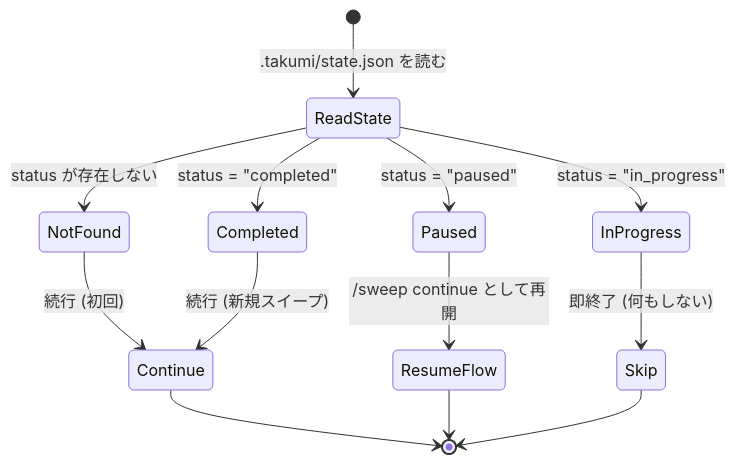
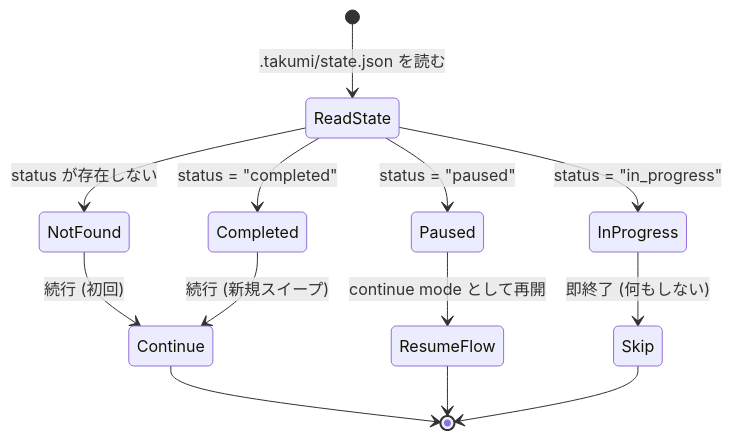
The second of 2 diagrams in skills/takumi/sweep/README.md (NAM-MAN/takumi), drawn with Mermaid before and after one commit. The commit also changed other lines of this file and 37 other files, not shown here.

````diff
--- a/skills/takumi/sweep/README.md
+++ b/skills/takumi/sweep/README.md
@@ -157,15 +149,15 @@
 ```mermaid
 stateDiagram-v2
     [*] --> ReadState: .takumi/state.json を読む
     ReadState --> NotFound: status が存在しない
     ReadState --> Completed: status = "completed"
     ReadState --> Paused: status = "paused"
     ReadState --> InProgress: status = "in_progress"
     NotFound --> Continue: 続行 (初回)
     Completed --> Continue: 続行 (新規スイープ)
-    Paused --> ResumeFlow: /sweep continue として再開
+    Paused --> ResumeFlow: continue mode として再開
     InProgress --> Skip: 即終了 (何もしない)
     Continue --> [*]
     ResumeFlow --> [*]
     Skip --> [*]
 ```
````
